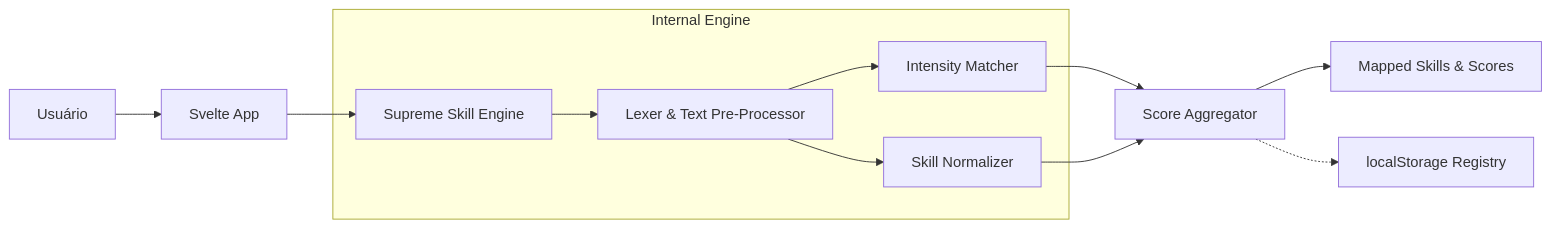
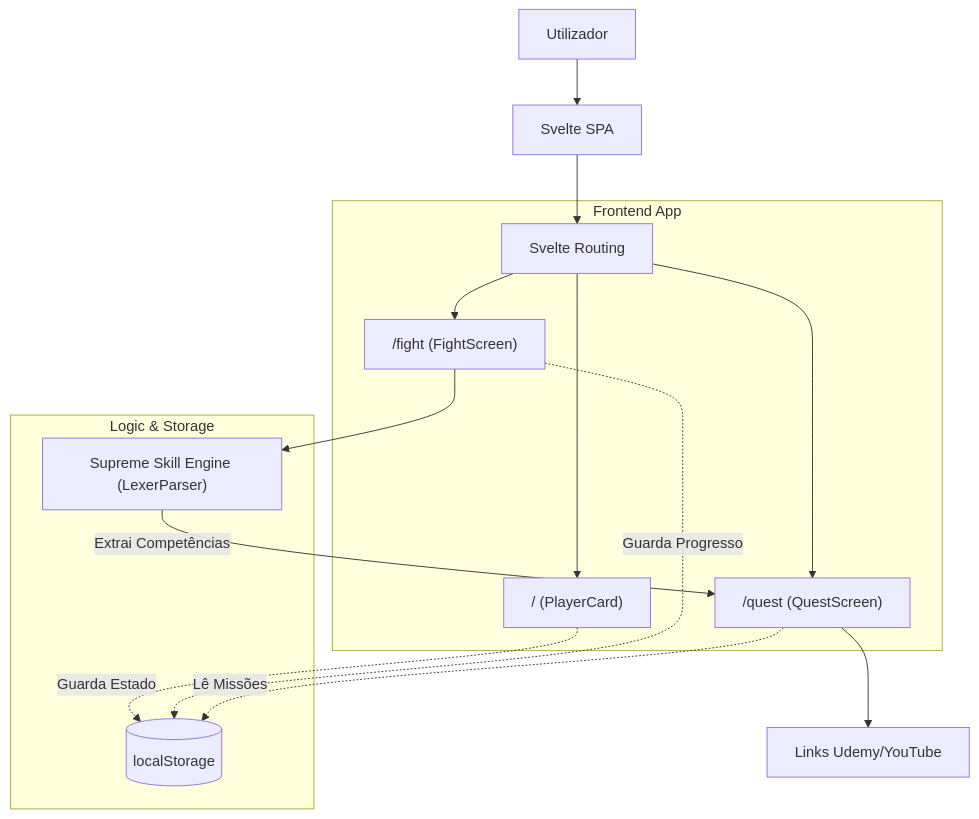
Before and after one commit to EduLoboM/UniQuest: the diagram in README.md, drawn with Mermaid. The commit also changed other lines of this file, not shown here.

`````diff
--- a/README.md
+++ b/README.md
@@ -26,17 +41,22 @@
 ```mermaid
-graph LR
-    User["Usuário"]:::user --> Browser[Svelte App]:::client
-    Browser --> Engine["Supreme Skill Engine"]:::logic
+graph TD
+    User["Utilizador"] --> SPA[Svelte SPA]
     
-    subgraph Internal Engine
-        Engine --> Lexer["Lexer & Text Pre-Processor"]:::process
-        Lexer --> Intensity["Intensity Matcher"]:::data
-        Lexer --> Normalizer["Skill Normalizer"]:::data
+    subgraph Frontend App
+        Router["Svelte Routing"] --> Profile["/ (PlayerCard)"]
+        Router --> Battle["/fight (FightScreen)"]
+        Router --> Quests["/quest (QuestScreen)"]
     end
-
-    Intensity --> Scorer["Score Aggregator"]:::process
-    Normalizer --> Scorer
-
-    Scorer --> Output["Mapped Skills & Scores"]:::view
-    Scorer -.-> Storage["localStorage Registry"]:::data
-```
+    
+    SPA --> Router
+    
+    subgraph Logic & Storage
+        Battle --> Engine["Supreme Skill Engine (LexerParser)"]
+        Engine --> |Extrai Competências| Quests
+        Profile -.-> |Guarda Estado| Storage[(localStorage)]
+        Battle -.-> |Guarda Progresso| Storage
+        Quests -.-> |Lê Missões| Storage
+    end
+    
+    Quests --> ExtLinks["Links Udemy/YouTube"]
+````
`````
